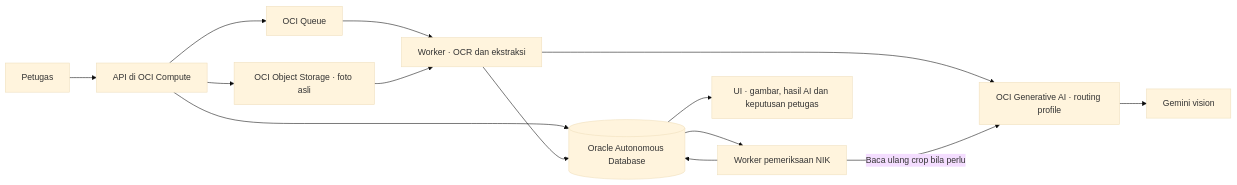
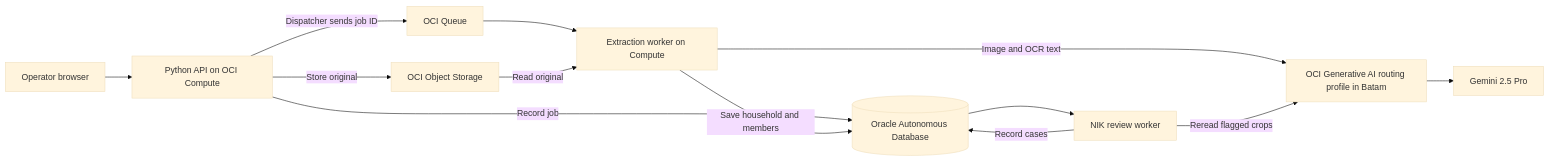
Before and after one commit to orajsn/oci-kk-document-workbench: the diagram in README.md, drawn with Mermaid (base theme). The commit also changed other lines of this file and 17 other files, not shown here.

````diff
--- a/README.md
+++ b/README.md
@@ -19,16 +35,15 @@
 ```mermaid
 flowchart LR
-    U[Petugas] --> A[API di OCI Compute]
-    A --> O[OCI Object Storage · foto asli]
-    A --> D[(Oracle Autonomous Database)]
-    A --> Q[OCI Queue]
-    Q --> W[Worker · OCR dan ekstraksi]
-    O --> W
-    W --> G[OCI Generative AI · routing profile]
-    G --> M[Gemini vision]
-    W --> D
-    D --> R[Worker pemeriksaan NIK]
-    R -->|Baca ulang crop bila perlu| G
-    R --> D
-    D --> UI[UI · gambar, hasil AI dan keputusan petugas]
+    U[Operator browser] --> A[Python API on OCI Compute]
+    A -->|Store original| O[OCI Object Storage]
+    A -->|Record job| D[(Oracle Autonomous Database)]
+    A -->|Dispatcher sends job ID| Q[OCI Queue]
+    Q --> W[Extraction worker on Compute]
+    O -->|Read original| W
+    W -->|Image and OCR text| G[OCI Generative AI routing profile in Batam]
+    G --> M[Gemini 2.5 Pro]
+    W -->|Save household and members| D
+    D --> R[NIK review worker]
+    R -->|Reread flagged crops| G
+    R -->|Record cases| D
 ```
````
